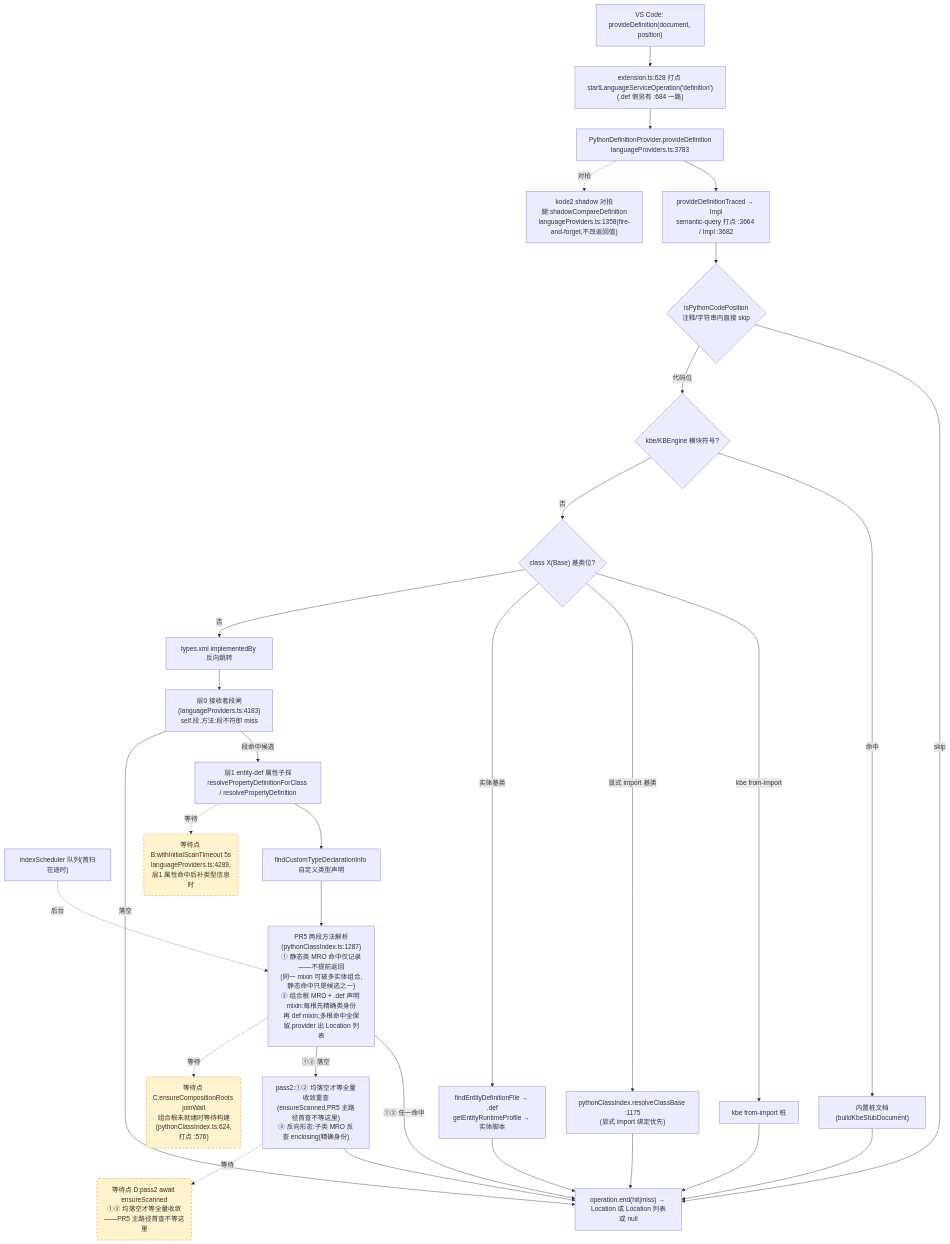
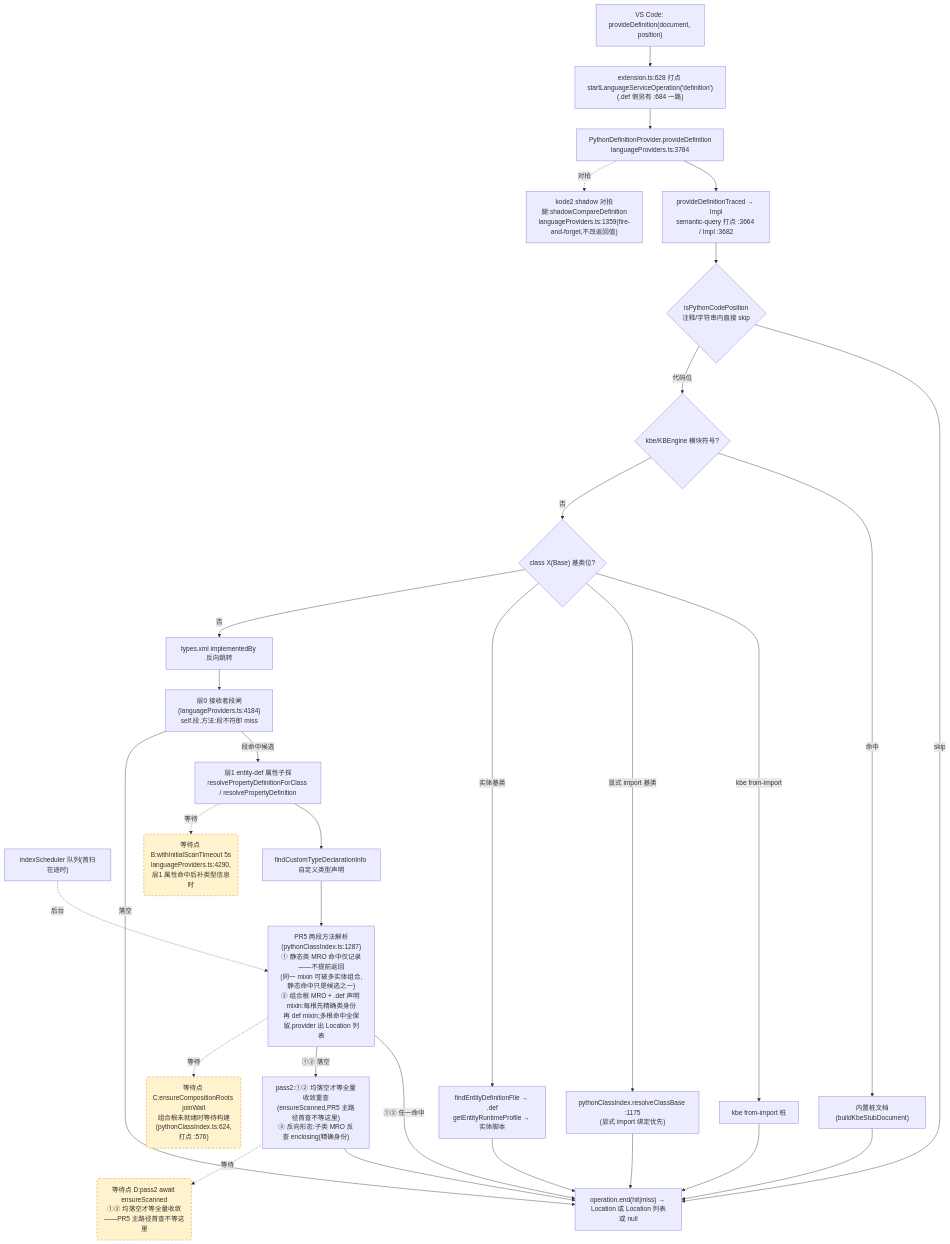
One commit to cuihairu/kode changed the second of 4 diagrams in docs/perf/2026-baseline.md. Above: the diagram before and after it, drawn with Mermaid. The commit also changed other lines of this file and 6 other files, not shown here.

````diff
--- a/docs/perf/2026-baseline.md
+++ b/docs/perf/2026-baseline.md
@@ -130,51 +130,51 @@
 ```mermaid
 flowchart TD
   VC2["VS Code: provideDefinition(document, position)"]
   M2["extension.ts:628 打点 startLanguageServiceOperation('definition')<br/>(.def 侧另有 :684 一路)"]
-  AD2["PythonDefinitionProvider.provideDefinition<br/>languageProviders.ts:3783"]
+  AD2["PythonDefinitionProvider.provideDefinition<br/>languageProviders.ts:3784"]
   TR["provideDefinitionTraced → Impl<br/>semantic-query 打点 :3664 / Impl :3682"]
   CTX{"isPythonCodePosition<br/>注释/字符串内直接 skip"}
   KBE{"kbe/KBEngine 模块符号?"}
   STUB["内置桩文档(buildKbeStubDocument)"]
   CB{"class X(Base) 基类位?"}
   CB1["kbe from-import 桩"]
   CB2["pythonClassIndex.resolveClassBase :1175<br/>(显式 import 绑定优先)"]
   CB3["findEntityDefinitionFile → .def<br/>getEntityRuntimeProfile → 实体脚本"]
   REV["types.xml implementedBy 反向跳转"]
-  L0["层0 接收者段闸(languageProviders.ts:4183)<br/>self.段.方法:段不符即 miss"]
+  L0["层0 接收者段闸(languageProviders.ts:4184)<br/>self.段.方法:段不符即 miss"]
   L1["层1 entity-def 属性子探<br/>resolvePropertyDefinitionForClass / resolvePropertyDefinition"]
   SCAN["indexScheduler 队列(首扫在途时)"]
   TY["findCustomTypeDeclarationInfo 自定义类型声明"]
   MRO["PR5 两段方法解析(pythonClassIndex.ts:1287)<br/>① 静态类 MRO 命中仅记录——不提前返回<br/>(同一 mixin 可被多实体组合,静态命中只是候选之一)<br/>② 组合根 MRO + .def 声明 mixin:每根先精确类身份<br/>再 def mixin;多根命中全保留,provider 出 Location 列表"]
   PASS2["pass2:①② 均落空才等全量收敛重查<br/>(ensureScanned,PR5 主路径首查不等这里)<br/>③ 反向形态:子类 MRO 反查 enclosing(精确身份)"]
-  SHD["kode2 shadow 对拍腿:shadowCompareDefinition<br/>languageProviders.ts:1358(fire-and-forget,不改返回值)"]
+  SHD["kode2 shadow 对拍腿:shadowCompareDefinition<br/>languageProviders.ts:1359(fire-and-forget,不改返回值)"]
   END2["operation.end(hit|miss) → Location 或 Location 列表或 null"]
 
   VC2 --> M2 --> AD2 --> TR --> CTX
   CTX -- "skip" --> END2
   CTX -- "代码位" --> KBE
   KBE -- "命中" --> STUB --> END2
   KBE -- "否" --> CB
   CB -- "kbe from-import" --> CB1 --> END2
   CB -- "显式 import 基类" --> CB2 --> END2
   CB -- "实体基类" --> CB3 --> END2
   CB -- "否" --> REV --> L0
   L0 -- "段命中候选" --> L1
   L0 -- "落空" --> END2
   L1 --> TY
   TY --> MRO
   MRO -- "①② 任一命中" --> END2
   MRO -- "①② 落空" --> PASS2 --> END2
   AD2 -.->|对拍| SHD
 
-  WAITB("等待点 B:withInitialScanTimeout 5s<br/>languageProviders.ts:4289,层1 属性命中后补类型信息时")
+  WAITB("等待点 B:withInitialScanTimeout 5s<br/>languageProviders.ts:4290,层1 属性命中后补类型信息时")
   WAITC("等待点 C:ensureCompositionRoots joinWait<br/>组合根未就绪时等待构建(pythonClassIndex.ts:624,打点 :576)")
   WAITD("等待点 D:pass2 await ensureScanned<br/>①② 均落空才等全量收敛——PR5 主路径首查不等这里")
   L1 -.->|等待| WAITB
   MRO -.->|等待| WAITC
   PASS2 -.->|等待| WAITD
   SCAN -.->|后台| MRO
 
   classDef waitPoint fill:#fff3cd,stroke:#d97706,stroke-dasharray:5 4;
   class WAITB,WAITC,WAITD waitPoint;
 ```
````
